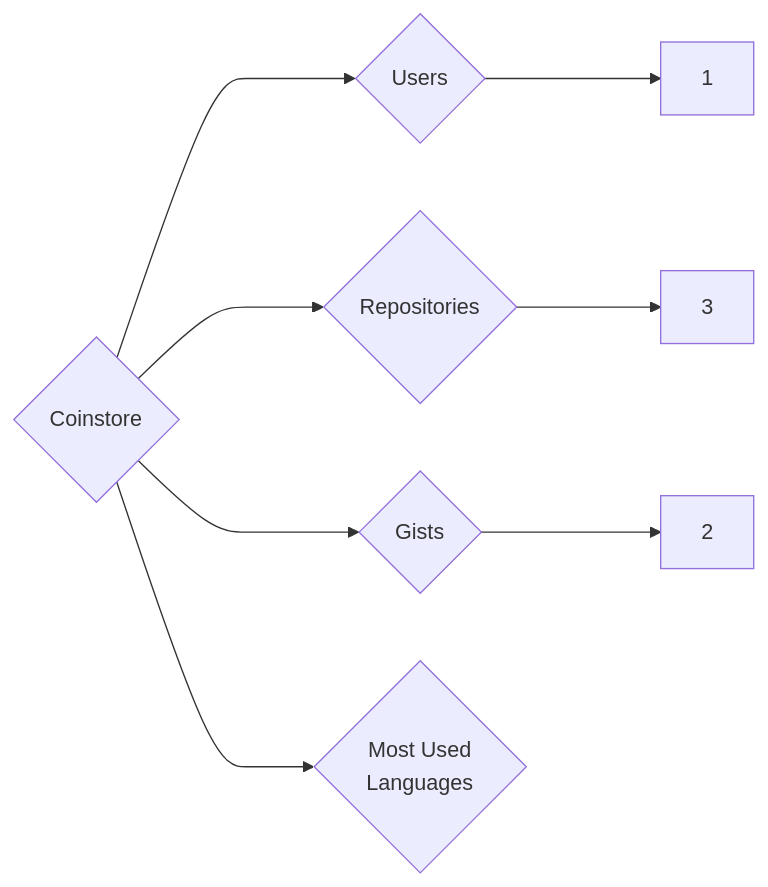
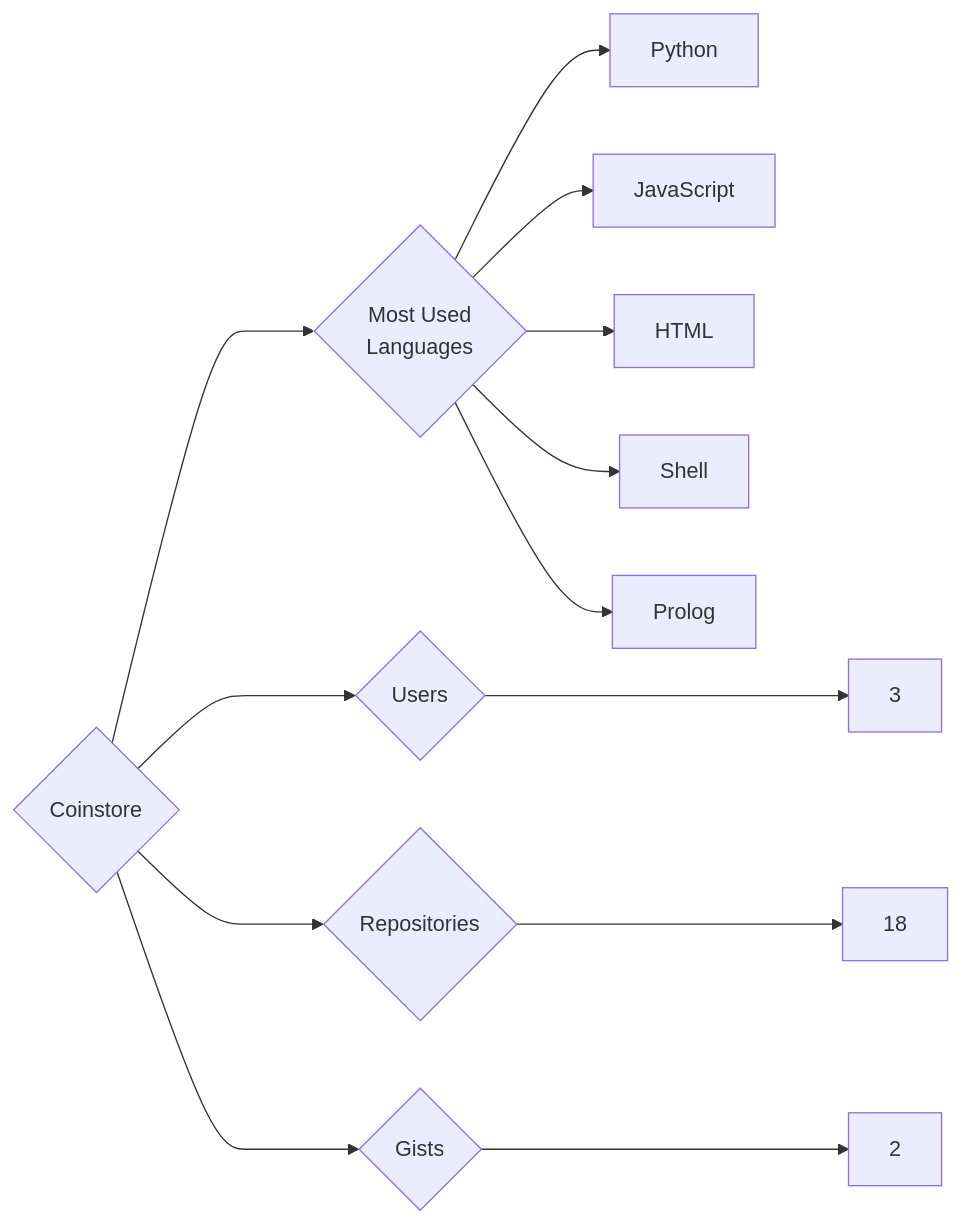
Before and after one commit to trickest/insiders: the diagram in targets/Coinstore/README.md, drawn with Mermaid. The commit also changed 1088 other files, not shown here.

````diff
--- a/targets/Coinstore/README.md
+++ b/targets/Coinstore/README.md
@@ -3,8 +3,13 @@
 ```mermaid
 graph LR
 COMPANY_NAME{Coinstore}
-COMPANY_NAME ---> U{Users} ---> UN[1]
-COMPANY_NAME ---> R{Repositories} ---> RN[3]
+COMPANY_NAME ---> U{Users} ---> UN[3]
+COMPANY_NAME ---> R{Repositories} ---> RN[18]
 COMPANY_NAME ---> G{Gists} ---> GN[2]
 COMPANY_NAME ---> ML{Most Used<br>Languages}
+ML --> Python[Python]
+ML --> JavaScript[JavaScript]
+ML --> HTML[HTML]
+ML --> Shell[Shell]
+ML --> Prolog[Prolog]
 ```
````
